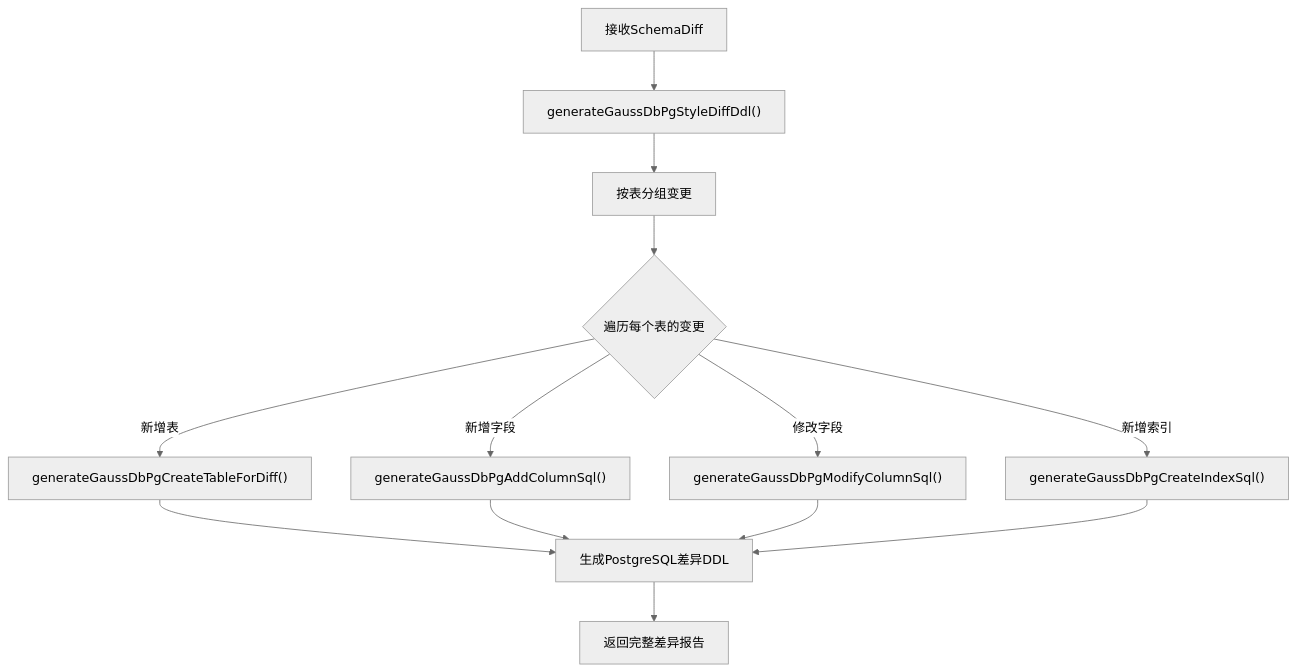
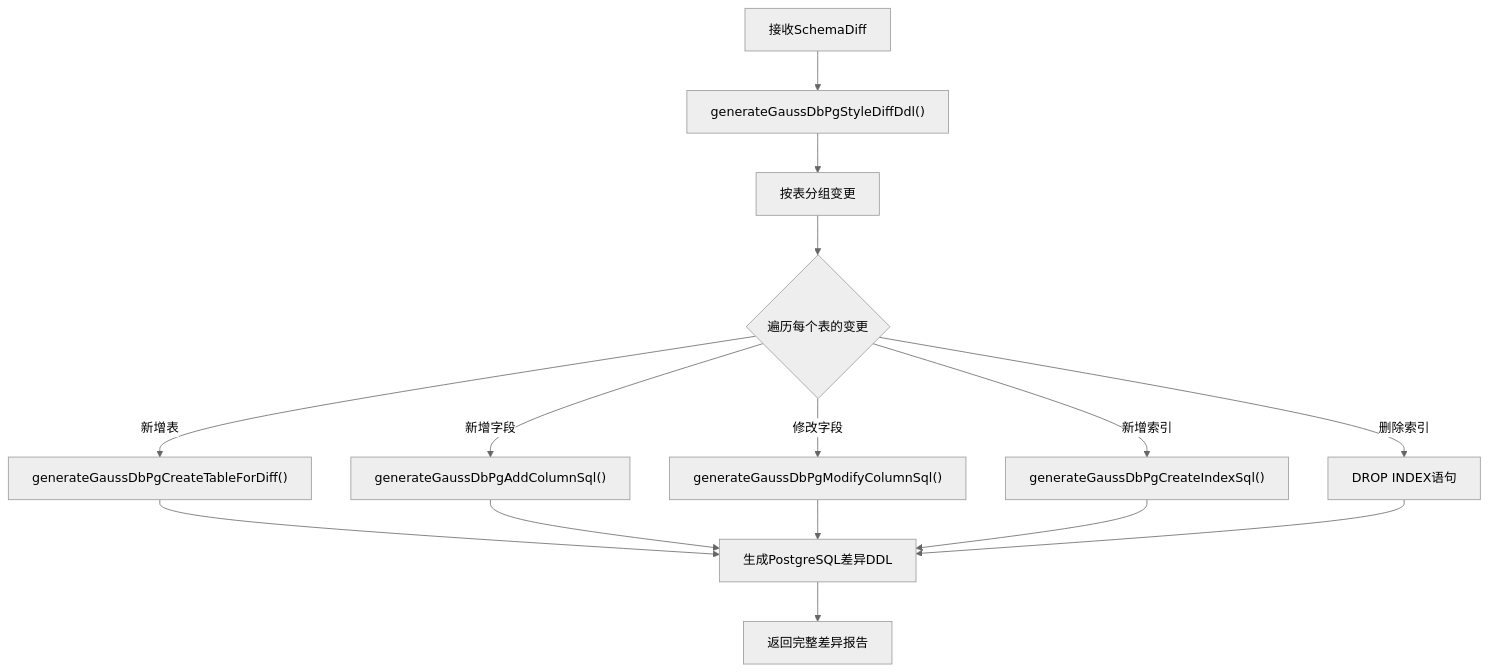
One commit to SamLing-Why/SchemaSync changed the eighth of 12 diagrams in .qoder/repowiki/zh/content/数据库适配器/数据库适配器实现/GaussDB适配器实现.md. Above: the diagram before and after it, drawn with Mermaid (neutral theme). The commit also changed other lines of this file and 38 other files, not shown here.

````diff
--- a/.qoder/repowiki/zh/content/数据库适配器/数据库适配器实现/GaussDB适配器实现.md
+++ b/.qoder/repowiki/zh/content/数据库适配器/数据库适配器实现/GaussDB适配器实现.md
@@ -450,15 +454,17 @@
 ```mermaid
 flowchart TD
 A["接收SchemaDiff"] --> B["generateGaussDbPgStyleDiffDdl()"]
 B --> C["按表分组变更"]
 C --> D{"遍历每个表的变更"}
 D --> |新增表| E["generateGaussDbPgCreateTableForDiff()"]
 D --> |新增字段| F["generateGaussDbPgAddColumnSql()"]
 D --> |修改字段| G["generateGaussDbPgModifyColumnSql()"]
 D --> |新增索引| H["generateGaussDbPgCreateIndexSql()"]
-E --> I["生成PostgreSQL差异DDL"]
-F --> I
-G --> I
-H --> I
-I --> J["返回完整差异报告"]
+D --> |删除索引| I["DROP INDEX语句"]
+E --> J["生成PostgreSQL差异DDL"]
+F --> J
+G --> J
+H --> J
+I --> J
+J --> K["返回完整差异报告"]
 ```
````
